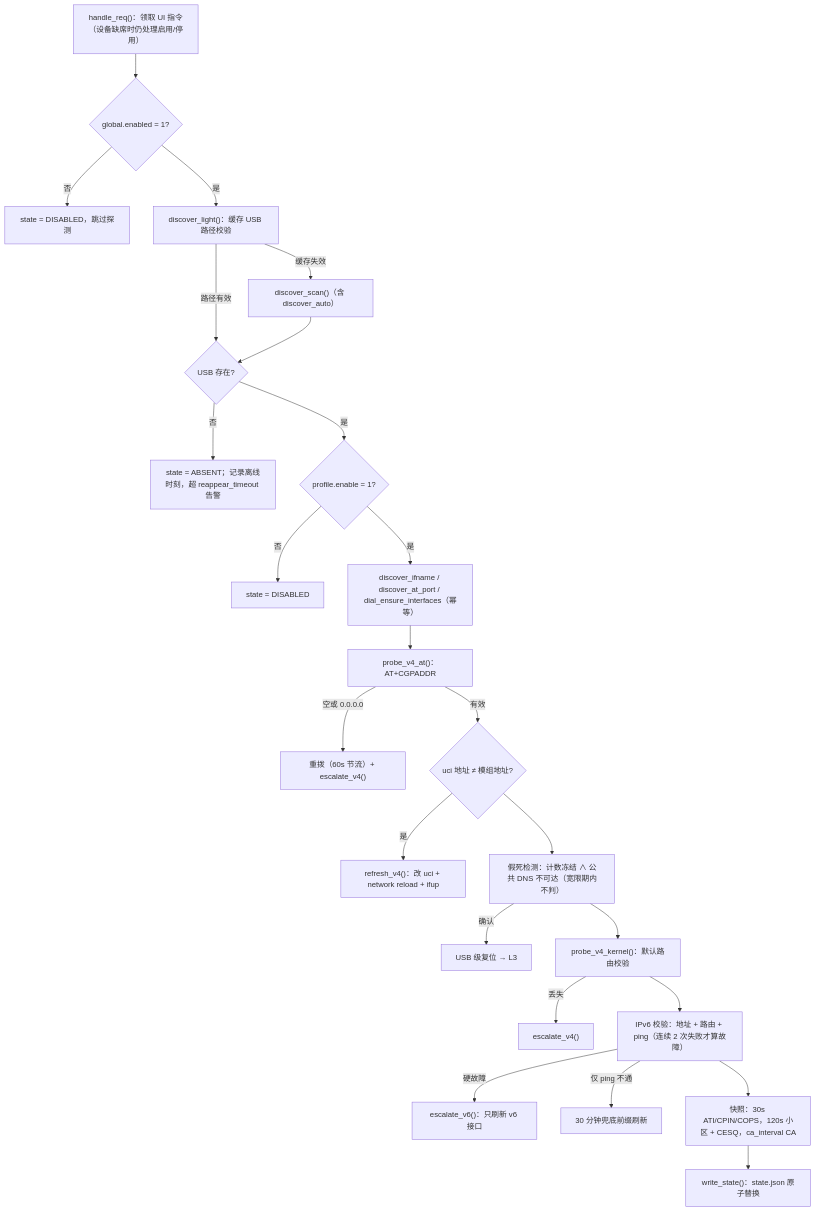
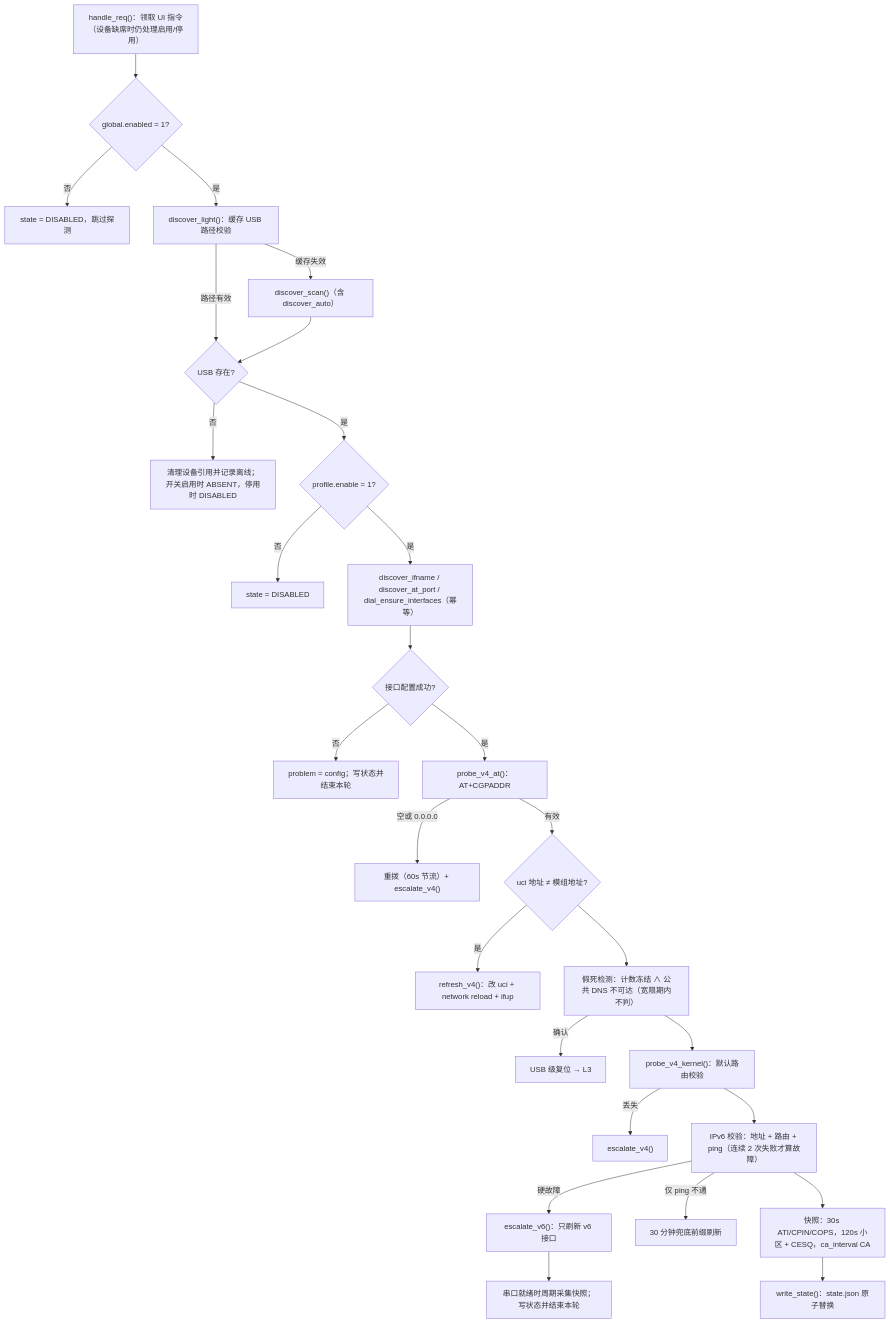
One commit to 0x77fe/FM350-GL changed the first of 3 diagrams in docs/architecture.md. Above: the diagram before and after it, drawn with Mermaid. The commit also changed other lines of this file and 30 other files, not shown here.

````diff
--- a/docs/architecture.md
+++ b/docs/architecture.md
@@ -20,26 +20,29 @@
 ```mermaid
 flowchart TD
     REQ["handle_req()：领取 UI 指令（设备缺席时仍处理启用/停用）"] --> EN{"global.enabled = 1?"}
     EN -->|否| OFF["state = DISABLED，跳过探测"]
     EN -->|是| A["discover_light()：缓存 USB 路径校验"]
     A -->|缓存失效| B["discover_scan()（含 discover_auto）"]
     A -->|路径有效| C{"USB 存在?"}
     B --> C
-    C -->|否| ABS["state = ABSENT；记录离线时刻，超 reappear_timeout 告警"]
+    C -->|否| ABS["清理设备引用并记录离线；开关启用时 ABSENT，停用时 DISABLED"]
     C -->|是| E{"profile.enable = 1?"}
     E -->|否| DIS["state = DISABLED"]
     E -->|是| F["discover_ifname / discover_at_port / dial_ensure_interfaces（幂等）"]
-    F --> G["probe_v4_at()：AT+CGPADDR"]
+    F --> FC{"接口配置成功?"}
+    FC -->|否| ERR["problem = config；写状态并结束本轮"]
+    FC -->|是| G["probe_v4_at()：AT+CGPADDR"]
     G -->|空或 0.0.0.0| DIAL["重拨（60s 节流）+ escalate_v4()"]
     G -->|有效| H{"uci 地址 ≠ 模组地址?"}
     H -->|是| REF["refresh_v4()：改 uci + network reload + ifup"]
     H --> I["假死检测：计数冻结 ∧ 公共 DNS 不可达（宽限期内不判）"]
     I -->|确认| USBR["USB 级复位 → L3"]
     I --> J["probe_v4_kernel()：默认路由校验"]
     J -->|丢失| ESC["escalate_v4()"]
     J --> K["IPv6 校验：地址 + 路由 + ping（连续 2 次失败才算故障）"]
     K -->|硬故障| V6R["escalate_v6()：只刷新 v6 接口"]
+    V6R --> VS["串口就绪时周期采集快照；写状态并结束本轮"]
     K -->|仅 ping 不通| V6S["30 分钟兜底前缀刷新"]
     K --> L["快照：30s ATI/CPIN/COPS，120s 小区 + CESQ，ca_interval CA"]
     L --> M["write_state()：state.json 原子替换"]
 ```
````
